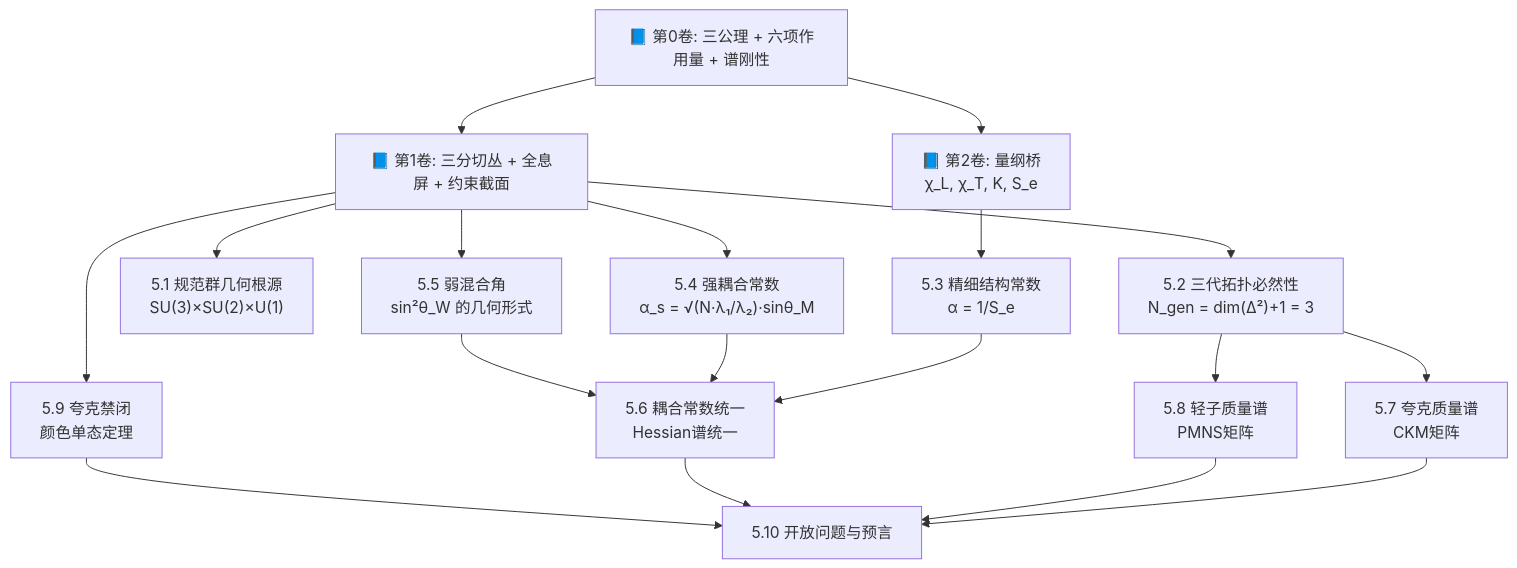
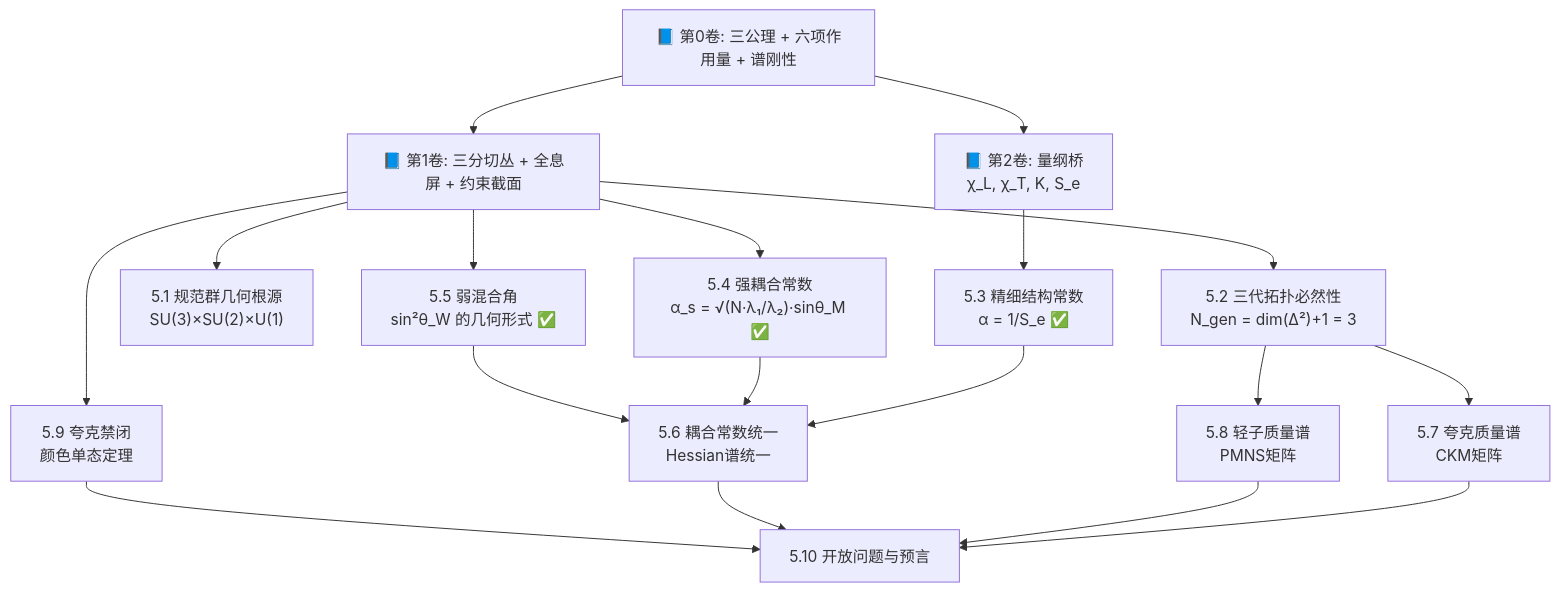
One commit to sdoygb/geometry-ai-server changed the diagram in app/articles/GT-Vault/Vol-5_标准模型重建/MOC.md. Above: the diagram before and after it, drawn with Mermaid. The commit also changed other lines of this file, not shown here.

````diff
--- a/app/articles/GT-Vault/Vol-5_标准模型重建/MOC.md
+++ b/app/articles/GT-Vault/Vol-5_标准模型重建/MOC.md
@@ -34,15 +34,15 @@
 ```mermaid
 flowchart TD
     V0["📘 第0卷: 三公理 + 六项作用量 + 谱刚性"] --> V2["📘 第2卷: 量纲桥\nχ_L, χ_T, K, S_e"]
     V0 --> V1["📘 第1卷: 三分切丛 + 全息屏 + 约束截面"]
-    V2 --> V5_3["5.3 精细结构常数\nα = 1/S_e"]
+    V2 --> V5_3["5.3 精细结构常数\nα = 1/S_e ✅"]
     V1 --> V5_1["5.1 规范群几何根源\nSU(3)×SU(2)×U(1)"]
     V1 --> V5_2["5.2 三代拓扑必然性\nN_gen = dim(Δ²)+1 = 3"]
     V5_2 --> V5_7["5.7 夸克质量谱\nCKM矩阵"]
     V5_2 --> V5_8["5.8 轻子质量谱\nPMNS矩阵"]
-    V1 --> V5_4["5.4 强耦合常数\nα_s = √(N·λ₁/λ₂)·sinθ_M"]
-    V1 --> V5_5["5.5 弱混合角\nsin²θ_W 的几何形式"]
+    V1 --> V5_4["5.4 强耦合常数\nα_s = √(N·λ₁/λ₂)·sinθ_M ✅"]
+    V1 --> V5_5["5.5 弱混合角\nsin²θ_W 的几何形式 ✅"]
     V5_3 & V5_4 & V5_5 --> V5_6["5.6 耦合常数统一\nHessian谱统一"]
     V1 --> V5_9["5.9 夸克禁闭\n颜色单态定理"]
     V5_7 & V5_8 & V5_6 & V5_9 --> V5_10["5.10 开放问题与预言"]
 ```
````
